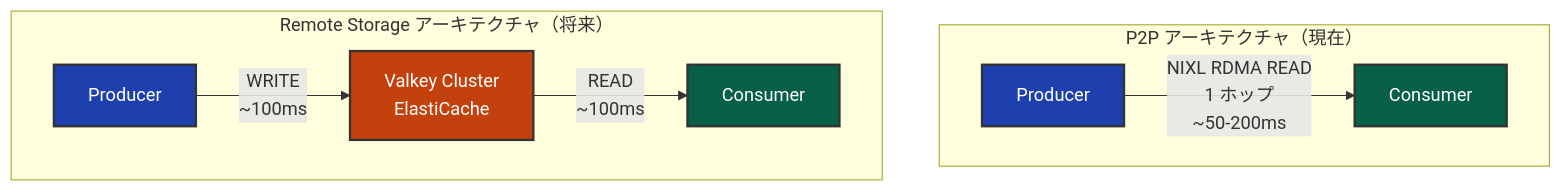
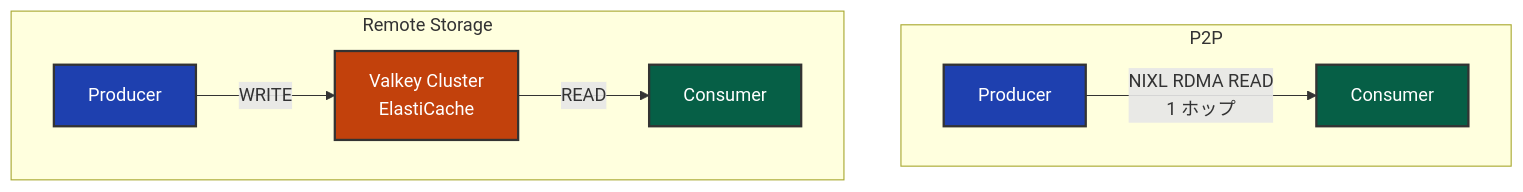
Before and after one commit to littlemex/zenn: the tenth of 10 diagrams in articles/3dd524130320d3.md, drawn with Mermaid. The commit also changed other lines of this file, not shown here.

````diff
--- a/articles/3dd524130320d3.md
+++ b/articles/3dd524130320d3.md
@@ -608,19 +604,19 @@
 ```mermaid
 graph TB
-    subgraph P2P["P2P アーキテクチャ（現在）"]
+    subgraph P2P["P2P"]
         direction LR
-        P1[Producer] -->|"NIXL RDMA READ<br/>1 ホップ<br/>~50-200ms"| D1[Consumer]
+        P1[Producer] -->|"NIXL RDMA READ<br/>1 ホップ"| D1[Consumer]
     end
 
-    subgraph Remote["Remote Storage アーキテクチャ（将来）"]
+    subgraph Remote["Remote Storage"]
         direction LR
-        P2[Producer] -->|"WRITE<br/>~100ms"| VK[Valkey Cluster<br/>ElastiCache]
-        VK -->|"READ<br/>~100ms"| D2[Consumer]
+        P2[Producer] -->|"WRITE"| VK[Valkey Cluster<br/>ElastiCache]
+        VK -->|"READ"| D2[Consumer]
     end
 
     style P1 fill: #1e40af,stroke: #333,stroke-width:2px,color: #fff
     style D1 fill: #065f46,stroke: #333,stroke-width:2px,color: #fff
     style P2 fill: #1e40af,stroke: #333,stroke-width:2px,color: #fff
     style D2 fill: #065f46,stroke: #333,stroke-width:2px,color: #fff
     style VK fill: #c2410c,stroke: #333,stroke-width:2px,color: #fff
 ```
````
